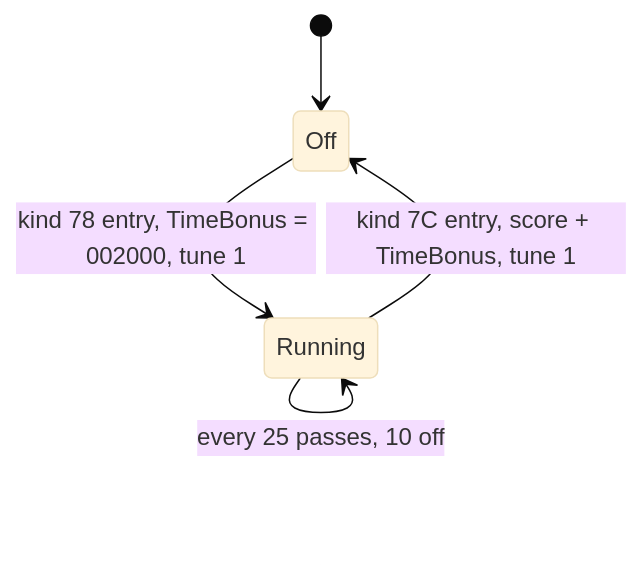
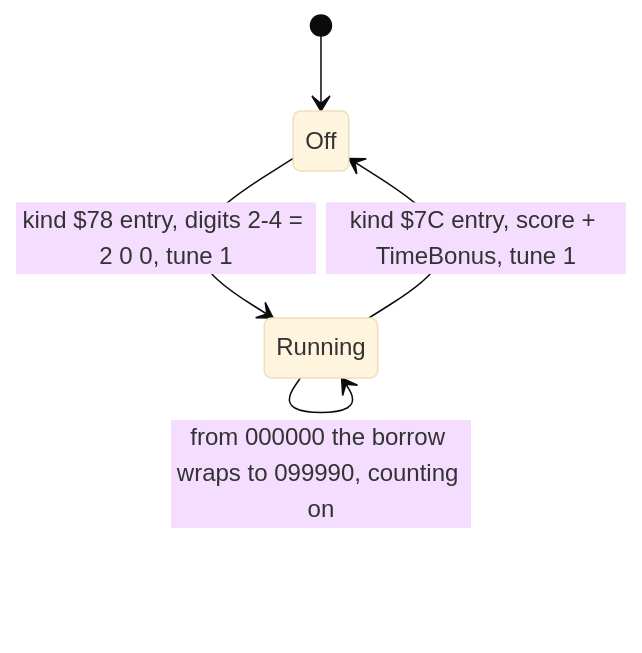
One commit to alfishe/unrealng-reverse-cases changed the fourth of 7 diagrams in games/rick-dangerous-2/docs/08-hud-and-text.md. Above: the diagram before and after it, drawn with Mermaid (base theme). The commit also changed other lines of this file and 42 other files, not shown here.

````diff
--- a/games/rick-dangerous-2/docs/08-hud-and-text.md
+++ b/games/rick-dangerous-2/docs/08-hud-and-text.md
@@ -257,7 +271,8 @@
 ```mermaid
 stateDiagram-v2
     [*] --> Off
-    Off --> Running: kind 78 entry, TimeBonus = 002000, tune 1
+    Off --> Running: kind $78 entry, digits 2-4 = 2 0 0, tune 1
     Running --> Running: every 25 passes, 10 off
-    Running --> Off: kind 7C entry, score + TimeBonus, tune 1
+    Running --> Running: from 000000 the borrow wraps to 099990, counting on
+    Running --> Off: kind $7C entry, score + TimeBonus, tune 1
 ```
````
